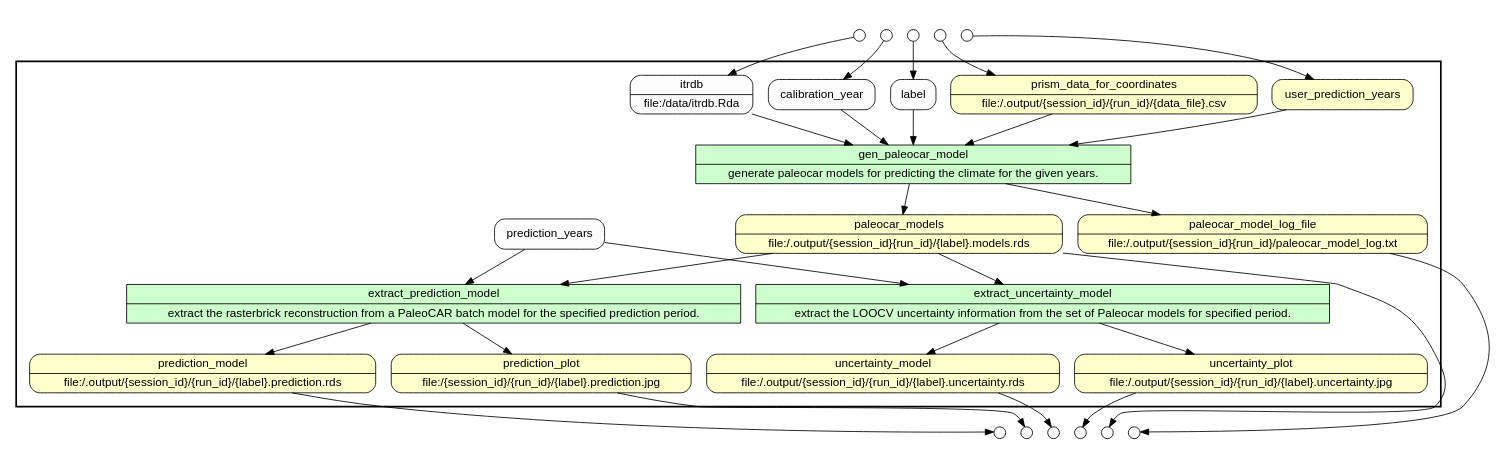
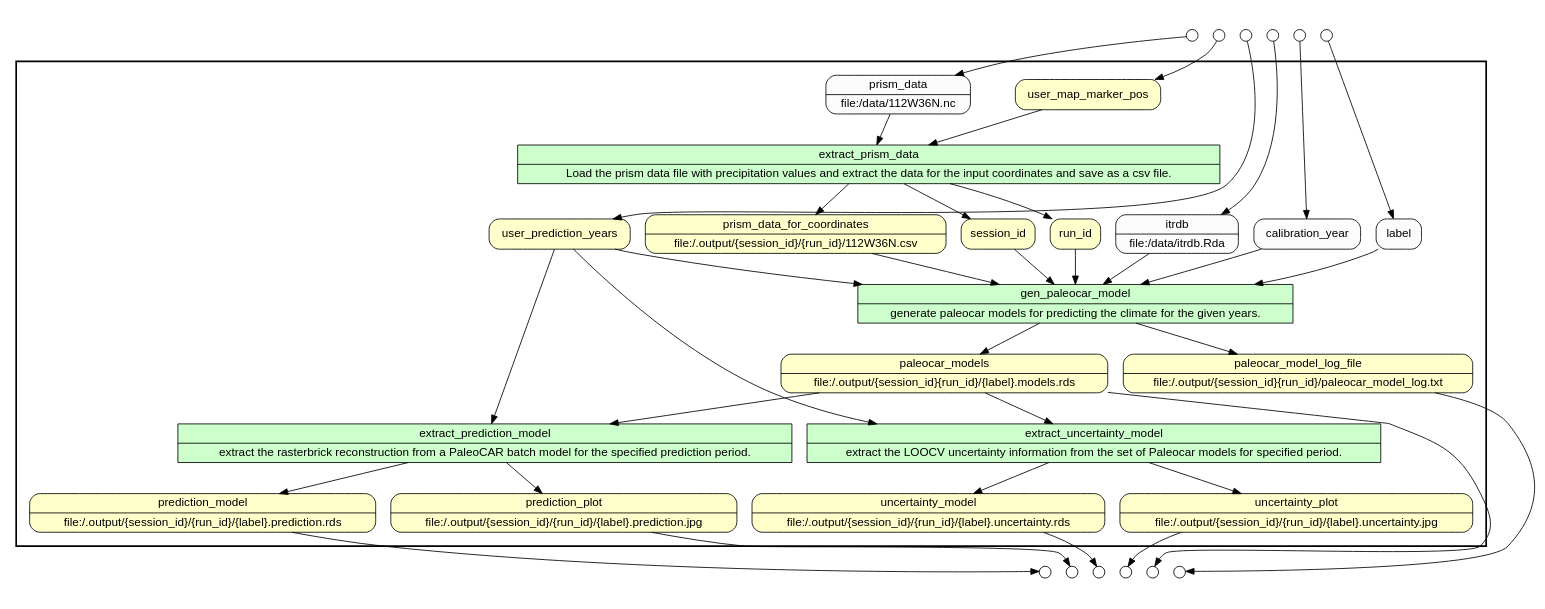
Before and after one commit to idaks/wt-prov-Summer-2017: the diagram in .prov_scripts/gv_files/wrapper_paleocar.gv, drawn with Graphviz. The commit also changed 90 other files, not shown here.

```diff
--- a/.prov_scripts/gv_files/wrapper_paleocar.gv
+++ b/.prov_scripts/gv_files/wrapper_paleocar.gv
@@ -1,70 +1,84 @@
 digraph Workflow {
 rankdir=TB
 fontname=Helvetica; fontsize=18; labelloc=t
 label=""
 subgraph cluster_workflow_box_outer { label=""; color=black; penwidth=2
 subgraph cluster_workflow_box_inner { label=""; penwidth=0
 node[shape=box style=filled fillcolor="#CCFFCC" peripheries=1 fontname=Helvetica]
+extract_prism_data [shape=record rankdir=LR label="{<f0> extract_prism_data |<f1> Load the prism data file with precipitation values and extract the data for the input coordinates and save as a csv file.}"];
 gen_paleocar_model [shape=record rankdir=LR label="{<f0> gen_paleocar_model |<f1> generate paleocar models for predicting the climate for the given years.}"];
 extract_prediction_model [shape=record rankdir=LR label="{<f0> extract_prediction_model |<f1> extract the rasterbrick reconstruction from a PaleoCAR batch model for the specified prediction period.}"];
 extract_uncertainty_model [shape=record rankdir=LR label="{<f0> extract_uncertainty_model |<f1> extract the LOOCV uncertainty information from the set of Paleocar models for specified period.}"];
 node[shape=box style="rounded,filled" fillcolor="#FFFFCC" peripheries=1 fontname=Helvetica]
+user_map_marker_pos
 user_prediction_years
-prism_data_for_coordinates [shape=record rankdir=LR label="{<f0> prism_data_for_coordinates |<f1> file\:/.output/\{session_id\}/\{run_id\}/\{data_file\}.csv}"];
+prism_data_for_coordinates [shape=record rankdir=LR label="{<f0> prism_data_for_coordinates |<f1> file\:/.output/\{session_id\}/\{run_id\}/112W36N.csv}"];
+session_id
+run_id
 paleocar_models [shape=record rankdir=LR label="{<f0> paleocar_models |<f1> file\:/.output/\{session_id\}\{run_id\}/\{label\}.models.rds}"];
 prediction_model [shape=record rankdir=LR label="{<f0> prediction_model |<f1> file\:/.output/\{session_id\}/\{run_id\}/\{label\}.prediction.rds}"];
 uncertainty_model [shape=record rankdir=LR label="{<f0> uncertainty_model |<f1> file\:/.output/\{session_id\}/\{run_id\}/\{label\}.uncertainty.rds}"];
-prediction_plot [shape=record rankdir=LR label="{<f0> prediction_plot |<f1> file\:/\{session_id\}/\{run_id\}/\{label\}.prediction.jpg}"];
+prediction_plot [shape=record rankdir=LR label="{<f0> prediction_plot |<f1> file\:/.output/\{session_id\}/\{run_id\}/\{label\}.prediction.jpg}"];
 uncertainty_plot [shape=record rankdir=LR label="{<f0> uncertainty_plot |<f1> file\:/.output/\{session_id\}/\{run_id\}/\{label\}.uncertainty.jpg}"];
 paleocar_model_log_file [shape=record rankdir=LR label="{<f0> paleocar_model_log_file |<f1> file\:/.output/\{session_id\}\{run_id\}/paleocar_model_log.txt}"];
 node[shape=box style="rounded,filled" fillcolor="#FCFCFC" peripheries=1 fontname=Helvetica]
+prism_data [shape=record rankdir=LR label="{<f0> prism_data |<f1> file\:/data/112W36N.nc}"];
 label
 calibration_year
 itrdb [shape=record rankdir=LR label="{<f0> itrdb |<f1> file\:/data/itrdb.Rda}"];
+extract_prism_data -> session_id
+extract_prism_data -> run_id
+extract_prism_data -> prism_data_for_coordinates
+user_map_marker_pos -> extract_prism_data
+prism_data -> extract_prism_data
 gen_paleocar_model -> paleocar_models
 gen_paleocar_model -> paleocar_model_log_file
 label -> gen_paleocar_model
 calibration_year -> gen_paleocar_model
 itrdb -> gen_paleocar_model
 user_prediction_years -> gen_paleocar_model
 prism_data_for_coordinates -> gen_paleocar_model
+session_id -> gen_paleocar_model
+run_id -> gen_paleocar_model
 extract_prediction_model -> prediction_model
 extract_prediction_model -> prediction_plot
 paleocar_models -> extract_prediction_model
-prediction_years -> extract_prediction_model
+user_prediction_years -> extract_prediction_model
 extract_uncertainty_model -> uncertainty_model
 extract_uncertainty_model -> uncertainty_plot
 paleocar_models -> extract_uncertainty_model
-prediction_years -> extract_uncertainty_model
+user_prediction_years -> extract_uncertainty_model
 }}
 subgraph cluster_input_ports_group_outer { label=""; penwidth=0
 subgraph cluster_input_ports_group_inner { label=""; penwidth=0
 node[shape=circle style="rounded,filled" fillcolor="#FFFFFF" peripheries=1 fontname=Helvetica width=0.2]
+user_map_marker_pos_input_port [label=""]
 user_prediction_years_input_port [label=""]
-prism_data_for_coordinates_input_port [label=""]
+prism_data_input_port [label=""]
 itrdb_input_port [label=""]
 calibration_year_input_port [label=""]
 label_input_port [label=""]
 }}
 subgraph cluster_output_ports_group_outer { label=""; penwidth=0
 subgraph cluster_output_ports_group_inner { label=""; penwidth=0
 node[shape=circle style="rounded,filled" fillcolor="#FFFFFF" peripheries=1 fontname=Helvetica width=0.2]
 paleocar_models_output_port [label=""]
 prediction_model_output_port [label=""]
 uncertainty_model_output_port [label=""]
 prediction_plot_output_port [label=""]
 uncertainty_plot_output_port [label=""]
 paleocar_model_log_file_output_port [label=""]
 }}
+user_map_marker_pos_input_port -> user_map_marker_pos
 user_prediction_years_input_port -> user_prediction_years
-prism_data_for_coordinates_input_port -> prism_data_for_coordinates
+prism_data_input_port -> prism_data
 itrdb_input_port -> itrdb
 calibration_year_input_port -> calibration_year
 label_input_port -> label
 paleocar_models -> paleocar_models_output_port
 prediction_model -> prediction_model_output_port
 uncertainty_model -> uncertainty_model_output_port
 prediction_plot -> prediction_plot_output_port
 uncertainty_plot -> uncertainty_plot_output_port
 paleocar_model_log_file -> paleocar_model_log_file_output_port
 }
```
